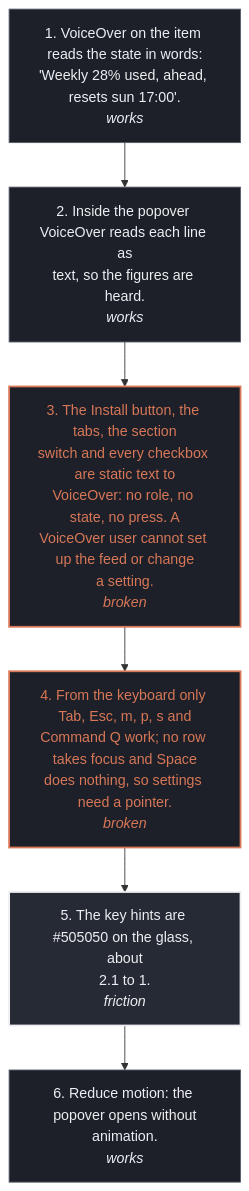
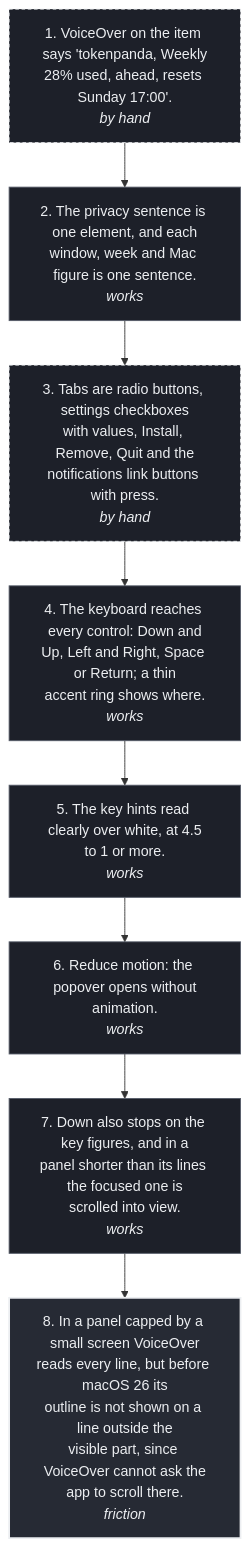
The diagram in design/wireframes/flows/14-voiceover-and-the-keyboard.mmd (tokenpandadev/tokenpanda-app), drawn with Mermaid before and after one commit. The commit also changed 35 other files, not shown here.

```diff
--- a/design/wireframes/flows/14-voiceover-and-the-keyboard.mmd
+++ b/design/wireframes/flows/14-voiceover-and-the-keyboard.mmd
@@ -1,15 +1,20 @@
 flowchart TD
   classDef works fill:#1d2029,stroke:#555b68,color:#eceef1;
   classDef friction fill:#262a34,stroke:#eceef1,stroke-width:2px,color:#eceef1;
   classDef broken fill:#1d2029,stroke:#d77757,stroke-width:2px,color:#d77757;
-  S1["1. VoiceOver on the item reads the state in words:<br/>'Weekly 28% used, ahead, resets sun 17:00'.<br/><i>works</i>"]:::works
-  S2["2. Inside the popover VoiceOver reads each line as<br/>text, so the figures are heard.<br/><i>works</i>"]:::works
-  S3["3. The Install button, the tabs, the section<br/>switch and every checkbox are static text to<br/>VoiceOver: no role, no state, no press. A<br/>VoiceOver user cannot set up the feed or change<br/>a setting.<br/><i>broken</i>"]:::broken
-  S4["4. From the keyboard only Tab, Esc, m, p, s and<br/>Command Q work; no row takes focus and Space<br/>does nothing, so settings need a pointer.<br/><i>broken</i>"]:::broken
-  S5["5. The key hints are #505050 on the glass, about<br/>2.1 to 1.<br/><i>friction</i>"]:::friction
+  classDef byhand fill:#1d2029,stroke:#eceef1,stroke-width:1px,stroke-dasharray:4 3,color:#eceef1;
+  S1["1. VoiceOver on the item says 'tokenpanda, Weekly<br/>28% used, ahead, resets Sunday 17:00'.<br/><i>by hand</i>"]:::byhand
+  S2["2. The privacy sentence is one element, and each<br/>window, week and Mac figure is one sentence.<br/><i>works</i>"]:::works
+  S3["3. Tabs are radio buttons, settings checkboxes<br/>with values, Install, Remove, Quit and the<br/>notifications link buttons with press.<br/><i>by hand</i>"]:::byhand
+  S4["4. The keyboard reaches every control: Down and<br/>Up, Left and Right, Space or Return; a thin<br/>accent ring shows where.<br/><i>works</i>"]:::works
+  S5["5. The key hints read clearly over white, at 4.5<br/>to 1 or more.<br/><i>works</i>"]:::works
   S6["6. Reduce motion: the popover opens without<br/>animation.<br/><i>works</i>"]:::works
+  S7["7. Down also stops on the key figures, and in a<br/>panel shorter than its lines the focused one is<br/>scrolled into view.<br/><i>works</i>"]:::works
+  S8["8. In a panel capped by a small screen VoiceOver<br/>reads every line, but before macOS 26 its<br/>outline is not shown on a line outside the<br/>visible part, since VoiceOver cannot ask the<br/>app to scroll there.<br/><i>friction</i>"]:::friction
   S1 --> S2
   S2 --> S3
   S3 --> S4
   S4 --> S5
   S5 --> S6
+  S6 --> S7
+  S7 --> S8
```
